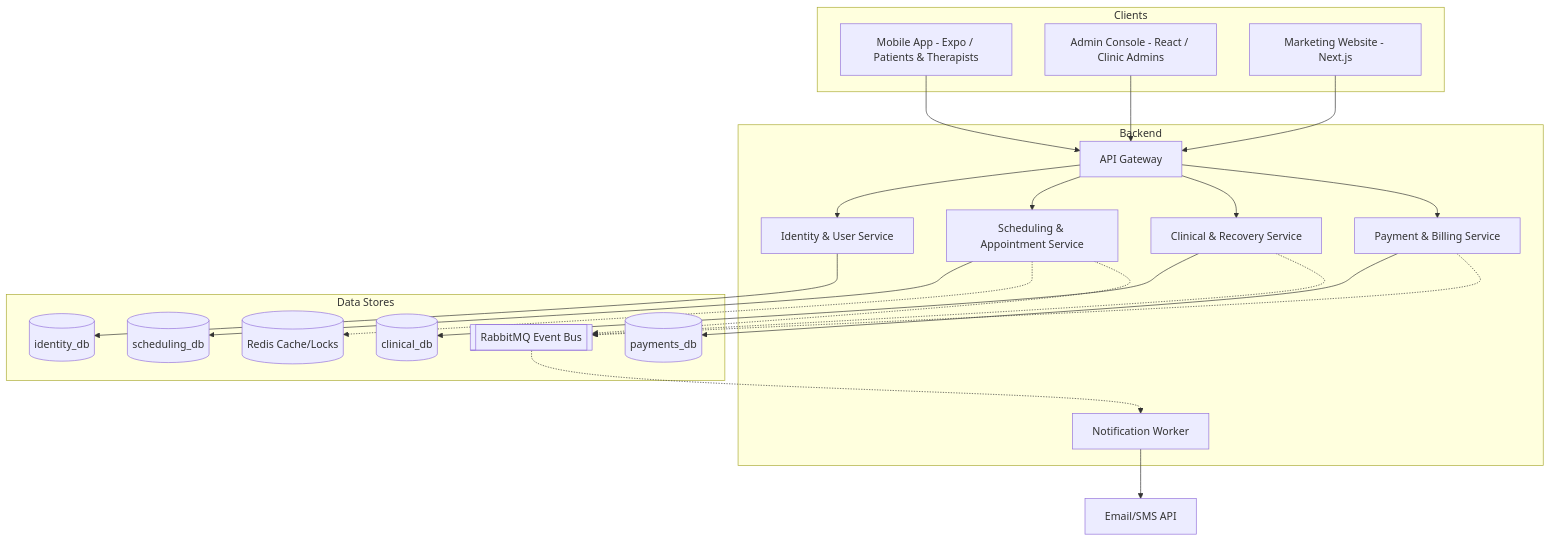
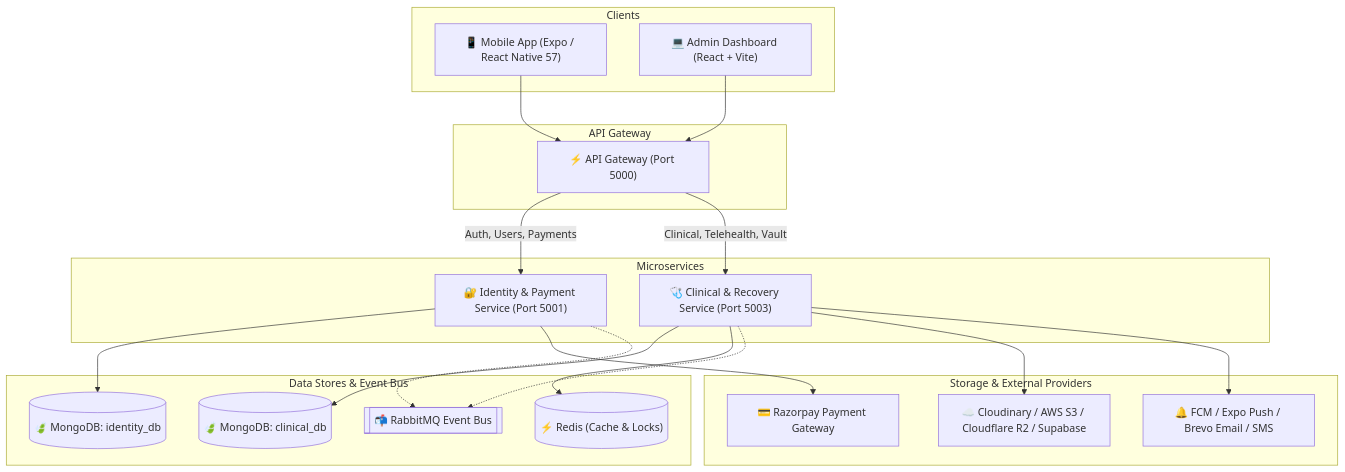
One commit to Uditkrpathak/OneMedicalFullStack changed the diagram in README.md. Above: the diagram before and after it, drawn with Mermaid. The commit also changed other lines of this file, not shown here.

Commit message:
docs: update README with current microservices architecture, mobile client, deployment and APK build guide

````diff
--- a/README.md
+++ b/README.md
@@ -13,48 +11,45 @@
 ```mermaid
 graph TD
     subgraph Clients
-        Mobile[Mobile App - Expo / Patients & Therapists]
-        Console[Admin Console - React / Clinic Admins]
-        Marketing[Marketing Website - Next.js]
+        Mobile["📱 Mobile App (Expo / React Native 57)"]
+        AdminWeb["💻 Admin Dashboard (React + Vite)"]
     end
 
-    subgraph Backend
-        Gateway[API Gateway]
-        Identity[Identity & User Service]
-        Scheduling[Scheduling & Appointment Service]
-        Clinical[Clinical & Recovery Service]
-        Payment[Payment & Billing Service]
-        Worker[Notification Worker]
+    subgraph API Gateway
+        Gateway["⚡ API Gateway (Port 5000)"]
     end
 
-    subgraph Data Stores
-        MongoDB1[(identity_db)]
-        MongoDB2[(scheduling_db)]
-        MongoDB3[(clinical_db)]
-        MongoDB4[(payments_db)]
-        Redis[(Redis Cache/Locks)]
-        RabbitMQ[[RabbitMQ Event Bus]]
+    subgraph Microservices
+        IdentitySvc["🔐 Identity & Payment Service (Port 5001)"]
+        ClinicalSvc["🩺 Clinical & Recovery Service (Port 5003)"]
+    end
+
+    subgraph Data Stores & Event Bus
+        IdentityDB[("🍃 MongoDB: identity_db")]
+        ClinicalDB[("🍃 MongoDB: clinical_db")]
+        RedisCache[("⚡ Redis (Cache & Locks)")]
+        RabbitMQBus[["📬 RabbitMQ Event Bus"]]
+    end
+
+    subgraph Storage & External Providers
+        StorageProviders["☁️ Cloudinary / AWS S3 / Cloudflare R2 / Supabase"]
+        NotificationProviders["🔔 FCM / Expo Push / Brevo Email / SMS"]
+        RazorpayGateway["💳 Razorpay Payment Gateway"]
     end
 
     Mobile --> Gateway
-    Console --> Gateway
-    Marketing --> Gateway
+    AdminWeb --> Gateway
 
-    Gateway --> Identity
-    Gateway --> Scheduling
-    Gateway --> Clinical
-    Gateway --> Payment
+    Gateway -->|Auth, Users, Payments| IdentitySvc
+    Gateway -->|Clinical, Telehealth, Vault| ClinicalSvc
 
-    Identity --> MongoDB1
-    Scheduling --> MongoDB2
-    Clinical --> MongoDB3
-    Payment --> MongoDB4
+    IdentitySvc --> IdentityDB
+    IdentitySvc --> RazorpayGateway
+    IdentitySvc -.-> RabbitMQBus
 
-    Scheduling -.-> Redis
-    Scheduling -.-> RabbitMQ
-    Payment -.-> RabbitMQ
-    Clinical -.-> RabbitMQ
-    
-    RabbitMQ -.-> Worker
-    Worker --> SendGrid[Email/SMS API]
+    ClinicalSvc --> ClinicalDB
+    ClinicalSvc --> RedisCache
+    ClinicalSvc -.-> RabbitMQBus
+    ClinicalSvc --> StorageProviders
+    ClinicalSvc --> NotificationProviders
 ```
````
